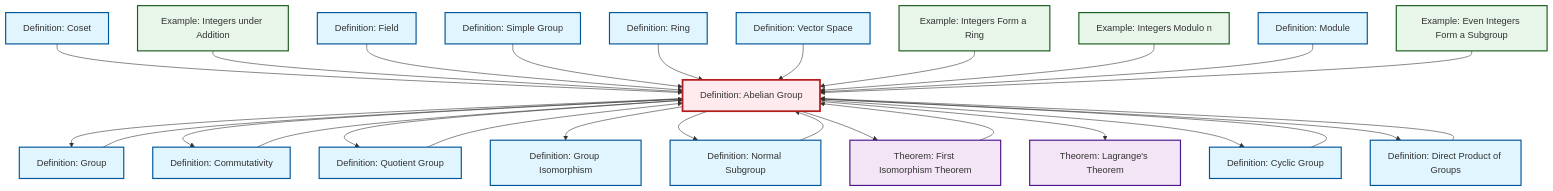
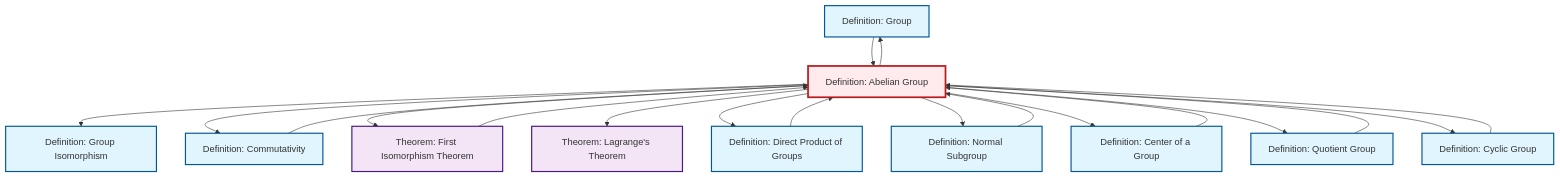
Before and after one commit to RK0429/ModernMath: the diagram in content/ja/algebra/def-abelian-group.qmd, drawn with Mermaid. The commit also changed other lines of this file and 634 other files, not shown here.

````diff
--- a/content/ja/algebra/def-abelian-group.qmd
+++ b/content/ja/algebra/def-abelian-group.qmd
@@ -104,75 +104,49 @@
 ```{mermaid}
 %%| fig-cap: "Local dependency graph"
 graph TD
     classDef definition fill:#e1f5fe,stroke:#01579b,stroke-width:2px
     classDef theorem fill:#f3e5f5,stroke:#4a148c,stroke-width:2px
     classDef axiom fill:#fff3e0,stroke:#e65100,stroke-width:2px
     classDef example fill:#e8f5e9,stroke:#1b5e20,stroke-width:2px
     classDef current fill:#ffebee,stroke:#b71c1c,stroke-width:3px
-    ex-integers-addition["Example: Integers under Addition"]:::example
-    def-isomorphism["Definition: Group Isomorphism"]:::definition
-    def-commutativity["Definition: Commutativity"]:::definition
-    ex-integers-ring["Example: Integers Form a Ring"]:::example
-    def-module["Definition: Module"]:::definition
-    def-vector-space["Definition: Vector Space"]:::definition
-    def-normal-subgroup["Definition: Normal Subgroup"]:::definition
-    def-cyclic-group["Definition: Cyclic Group"]:::definition
-    ex-quotient-integers-mod-n["Example: Integers Modulo n"]:::example
-    def-field["Definition: Field"]:::definition
-    def-simple-group["Definition: Simple Group"]:::definition
-    ex-even-integers-subgroup["Example: Even Integers Form a Subgroup"]:::example
-    def-ring["Definition: Ring"]:::definition
-    def-direct-product["Definition: Direct Product of Groups"]:::definition
+    def-group["Definition: Group"]:::definition
     def-abelian-group["Definition: Abelian Group"]:::definition
     thm-lagrange["Theorem: Lagrange's Theorem"]:::theorem
-    def-group["Definition: Group"]:::definition
+    def-center-of-group["Definition: Center of a Group"]:::definition
+    def-quotient-group["Definition: Quotient Group"]:::definition
+    def-cyclic-group["Definition: Cyclic Group"]:::definition
+    def-normal-subgroup["Definition: Normal Subgroup"]:::definition
+    def-isomorphism["Definition: Group Isomorphism"]:::definition
+    def-direct-product["Definition: Direct Product of Groups"]:::definition
+    def-commutativity["Definition: Commutativity"]:::definition
     thm-first-isomorphism["Theorem: First Isomorphism Theorem"]:::theorem
-    def-quotient-group["Definition: Quotient Group"]:::definition
-    def-coset["Definition: Coset"]:::definition
+    def-abelian-group --> def-isomorphism
+    def-abelian-group --> def-commutativity
+    def-direct-product --> def-abelian-group
+    def-cyclic-group --> def-abelian-group
+    def-commutativity --> def-abelian-group
+    def-group --> def-abelian-group
+    def-abelian-group --> thm-first-isomorphism
+    def-center-of-group --> def-abelian-group
+    def-abelian-group --> thm-lagrange
+    def-abelian-group --> def-direct-product
+    def-abelian-group --> def-normal-subgroup
     def-abelian-group --> def-group
-    def-abelian-group --> def-commutativity
+    def-abelian-group --> def-center-of-group
+    thm-first-isomorphism --> def-abelian-group
     def-abelian-group --> def-quotient-group
-    def-direct-product --> def-abelian-group
-    def-abelian-group --> def-isomorphism
-    def-abelian-group --> def-normal-subgroup
-    def-coset --> def-abelian-group
-    ex-integers-addition --> def-abelian-group
-    def-field --> def-abelian-group
-    def-simple-group --> def-abelian-group
-    def-ring --> def-abelian-group
-    def-cyclic-group --> def-abelian-group
-    def-vector-space --> def-abelian-group
-    def-abelian-group --> thm-first-isomorphism
-    ex-integers-ring --> def-abelian-group
-    ex-quotient-integers-mod-n --> def-abelian-group
-    thm-first-isomorphism --> def-abelian-group
-    def-abelian-group --> thm-lagrange
     def-quotient-group --> def-abelian-group
     def-abelian-group --> def-cyclic-group
-    def-module --> def-abelian-group
     def-normal-subgroup --> def-abelian-group
-    ex-even-integers-subgroup --> def-abelian-group
-    def-commutativity --> def-abelian-group
-    def-group --> def-abelian-group
-    def-abelian-group --> def-direct-product
     class def-abelian-group current
-    click ex-integers-addition "ex-integers-addition.html" "Example: Integers under Additionへ"
+    click def-group "def-group.html" "Definition: Groupへ"
+    click thm-lagrange "thm-lagrange.html" "Theorem: Lagrange's Theoremへ"
+    click def-center-of-group "def-center-of-group.html" "Definition: Center of a Groupへ"
+    click def-quotient-group "def-quotient-group.html" "Definition: Quotient Groupへ"
+    click def-cyclic-group "def-cyclic-group.html" "Definition: Cyclic Groupへ"
+    click def-normal-subgroup "def-normal-subgroup.html" "Definition: Normal Subgroupへ"
     click def-isomorphism "def-isomorphism.html" "Definition: Group Isomorphismへ"
+    click def-direct-product "def-direct-product.html" "Definition: Direct Product of Groupsへ"
     click def-commutativity "def-commutativity.html" "Definition: Commutativityへ"
-    click ex-integers-ring "ex-integers-ring.html" "Example: Integers Form a Ringへ"
-    click def-module "def-module.html" "Definition: Moduleへ"
-    click def-vector-space "def-vector-space.html" "Definition: Vector Spaceへ"
-    click def-normal-subgroup "def-normal-subgroup.html" "Definition: Normal Subgroupへ"
-    click def-cyclic-group "def-cyclic-group.html" "Definition: Cyclic Groupへ"
-    click ex-quotient-integers-mod-n "ex-quotient-integers-mod-n.html" "Example: Integers Modulo nへ"
-    click def-field "def-field.html" "Definition: Fieldへ"
-    click def-simple-group "def-simple-group.html" "Definition: Simple Groupへ"
-    click ex-even-integers-subgroup "ex-even-integers-subgroup.html" "Example: Even Integers Form a Subgroupへ"
-    click def-ring "def-ring.html" "Definition: Ringへ"
-    click def-direct-product "def-direct-product.html" "Definition: Direct Product of Groupsへ"
-    click thm-lagrange "thm-lagrange.html" "Theorem: Lagrange's Theoremへ"
-    click def-group "def-group.html" "Definition: Groupへ"
     click thm-first-isomorphism "thm-first-isomorphism.html" "Theorem: First Isomorphism Theoremへ"
-    click def-quotient-group "def-quotient-group.html" "Definition: Quotient Groupへ"
-    click def-coset "def-coset.html" "Definition: Cosetへ"
 ```
````
